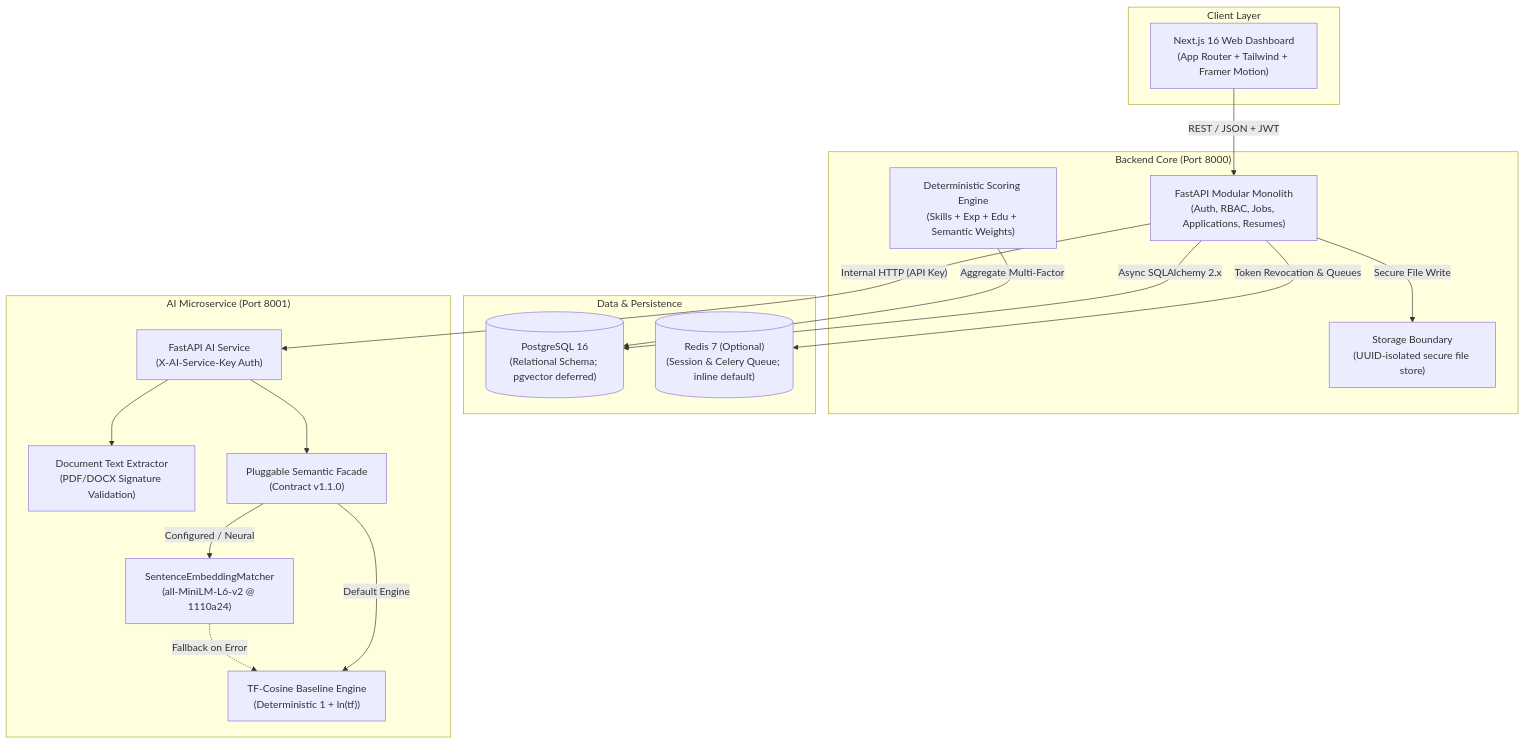
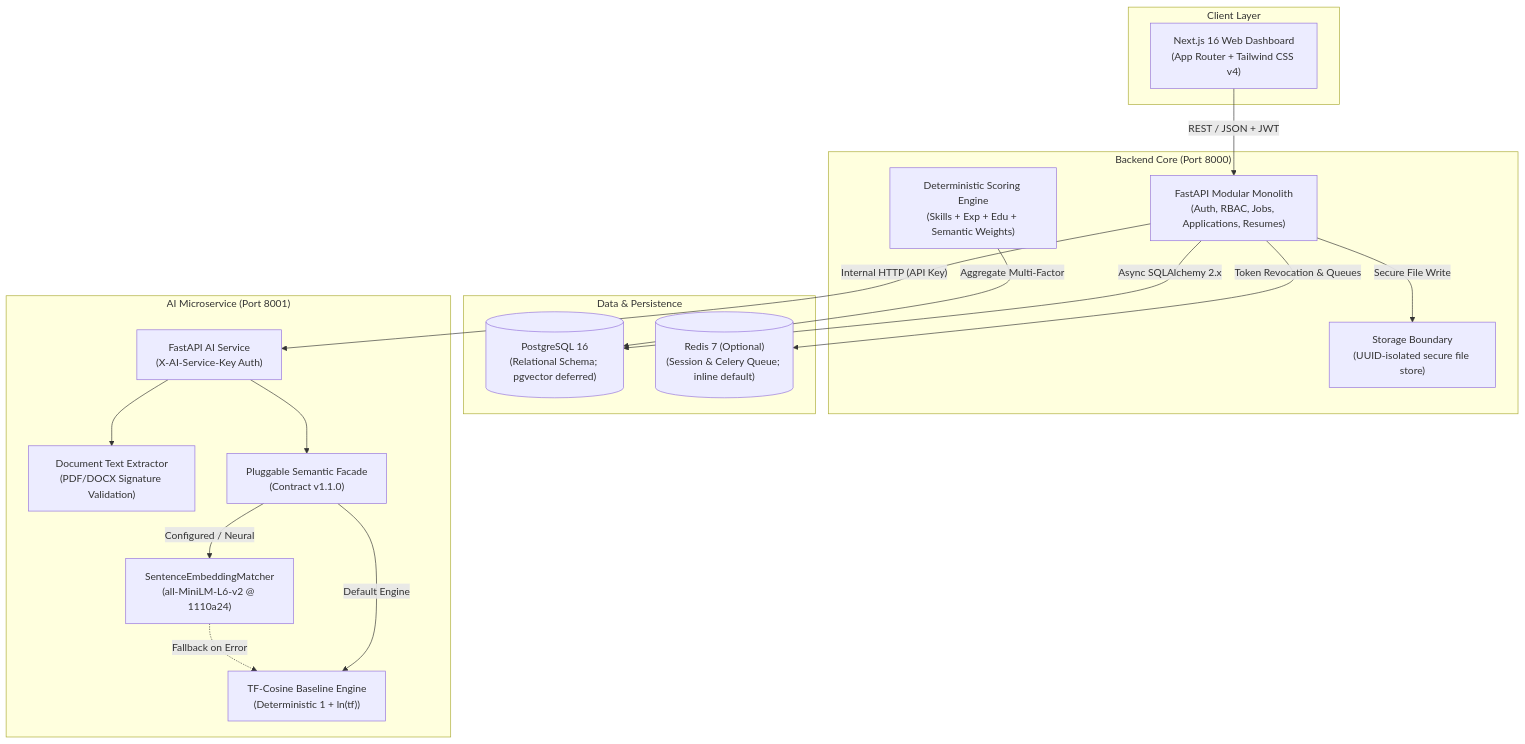
The diagram in README.md (CareerSyncAI/AI-Job-Matcher), drawn with Mermaid before and after one commit. The commit also changed other lines of this file, not shown here.

Commit message:
docs: update root README with accurate test counts, lint commands, and architecture navigation

````diff
--- a/README.md
+++ b/README.md
@@ -37,38 +37,38 @@
 ```mermaid
 flowchart TD
     subgraph Client ["Client Layer"]
-        Web["Next.js 16 Web Dashboard\n(App Router + Tailwind + Framer Motion)"]
+        Web["Next.js 16 Web Dashboard\n(App Router + Tailwind CSS v4)"]
     end
 
     subgraph BackendGateway ["Backend Core (Port 8000)"]
         API["FastAPI Modular Monolith\n(Auth, RBAC, Jobs, Applications, Resumes)"]
         ScoringEngine["Deterministic Scoring Engine\n(Skills + Exp + Edu + Semantic Weights)"]
         Storage["Storage Boundary\n(UUID-isolated secure file store)"]
     end
 
     subgraph DataLayer ["Data & Persistence"]
         PG[("PostgreSQL 16\n(Relational Schema; pgvector deferred)")]
         Redis[("Redis 7 (Optional)\n(Session & Celery Queue; inline default)")]
     end
 
     subgraph AIService ["AI Microservice (Port 8001)"]
         AIAPI["FastAPI AI Service\n(X-AI-Service-Key Auth)"]
         Extractor["Document Text Extractor\n(PDF/DOCX Signature Validation)"]
         MatcherFacade["Pluggable Semantic Facade\n(Contract v1.1.0)"]
         BaselineEngine["TF-Cosine Baseline Engine\n(Deterministic 1 + ln(tf))"]
         EmbeddingEngine["SentenceEmbeddingMatcher\n(all-MiniLM-L6-v2 @ 1110a24)"]
     end
 
     Web -->|"REST / JSON + JWT"| API
     API -->|"Async SQLAlchemy 2.x"| PG
     API -->|"Token Revocation & Queues"| Redis
     API -->|"Secure File Write"| Storage
     API -->|"Internal HTTP (API Key)"| AIAPI
 
     AIAPI --> Extractor
     AIAPI --> MatcherFacade
     MatcherFacade -->|"Default Engine"| BaselineEngine
     MatcherFacade -->|"Configured / Neural"| EmbeddingEngine
     EmbeddingEngine -.->|"Fallback on Error"| BaselineEngine
     ScoringEngine -->|"Aggregate Multi-Factor"| PG
 ```
````
